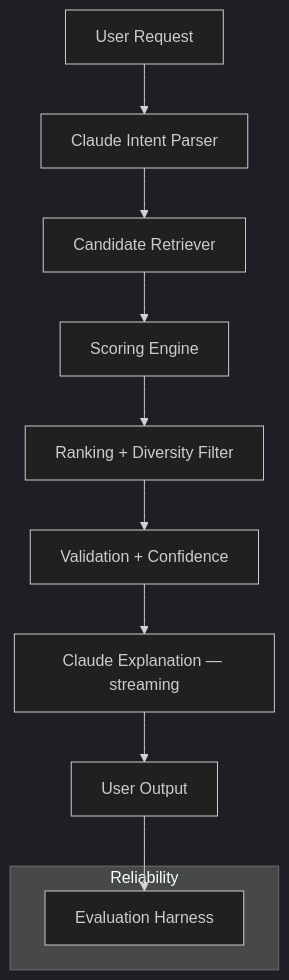
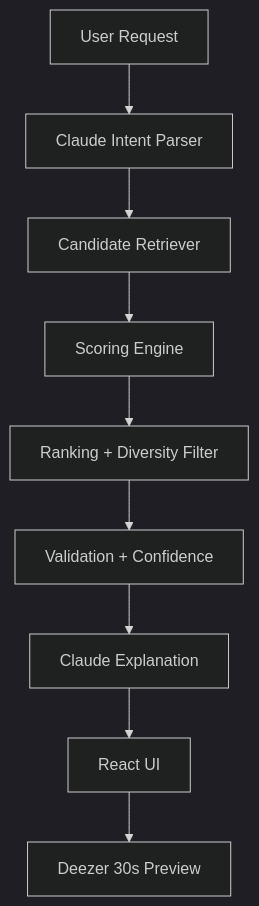
One commit to kneha07/SoundAgent-Agentic-AI-Music-Recommender- changed the diagram in README.md. Above: the diagram before and after it, drawn with Mermaid (dark theme). The commit also changed other lines of this file, not shown here.

Commit message:
Update README: rename to SoundAgent, reflect React/FastAPI stack and new UI

````diff
--- a/README.md
+++ b/README.md
@@ -47,14 +49,11 @@
 ```mermaid
 flowchart TD
     A[User Request] --> B[Claude Intent Parser]
     B --> C[Candidate Retriever]
     C --> D[Scoring Engine]
     D --> E[Ranking + Diversity Filter]
     E --> F[Validation + Confidence]
-    F --> G[Claude Explanation — streaming]
-    G --> H[User Output]
-    subgraph Reliability
-      I[Evaluation Harness]
-    end
-    H --> I
+    F --> G[Claude Explanation]
+    G --> H[React UI]
+    H --> I[Deezer 30s Preview]
 ```
````
